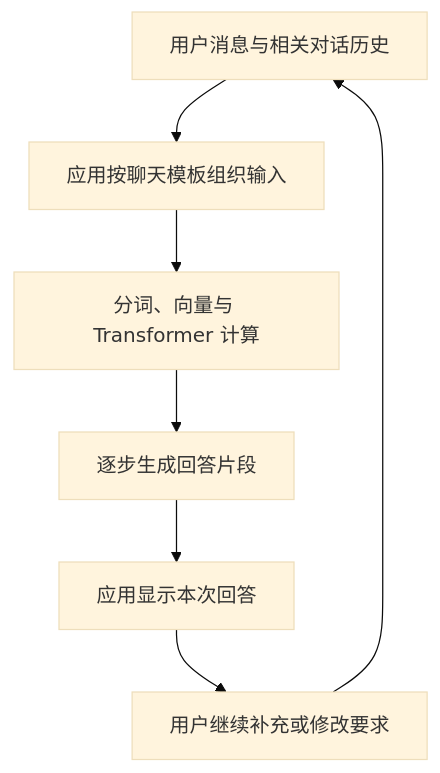
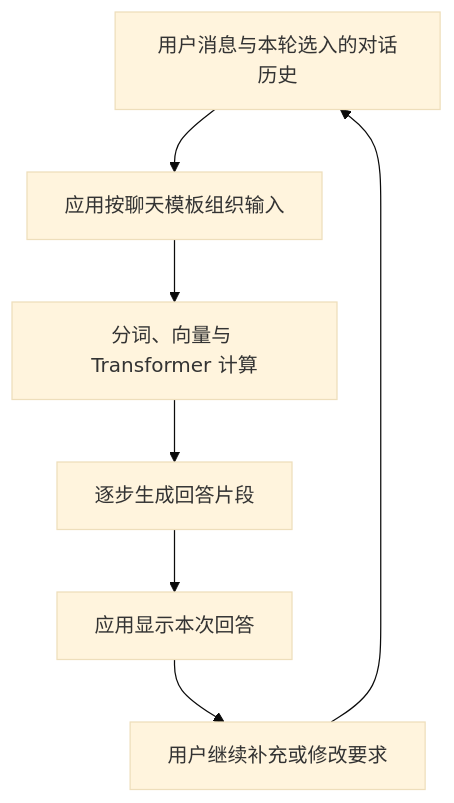
The seventh of 9 diagrams in docs/Transformer-零基础学习指南.md (zz-datou/Transformer), drawn with Mermaid (base theme) before and after one commit. The commit also changed other lines of this file and 2 other files, not shown here.

````diff
--- a/docs/Transformer-零基础学习指南.md
+++ b/docs/Transformer-零基础学习指南.md
@@ -1533,9 +1581,9 @@
 ```mermaid
 flowchart TD
-    A["用户消息与相关对话历史"] --> B["应用按聊天模板组织输入"]
+    A["用户消息与本轮选入的对话历史"] --> B["应用按聊天模板组织输入"]
     B --> C["分词、向量与 Transformer 计算"]
     C --> D["逐步生成回答片段"]
     D --> E["应用显示本次回答"]
     E --> F["用户继续补充或修改要求"]
     F --> A
 ```
````
